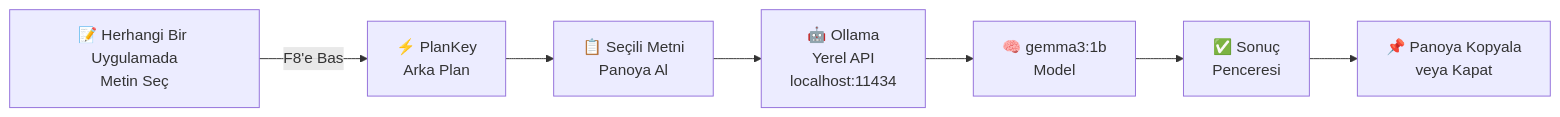
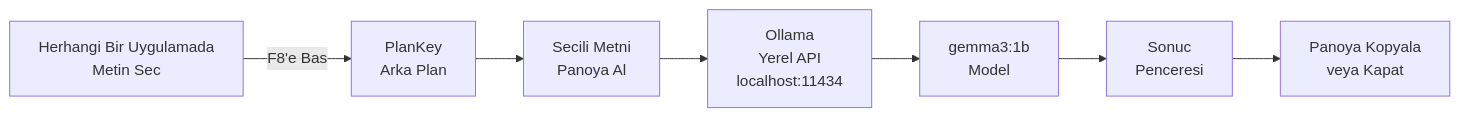
The diagram in README.md (bessar2004/-PlanKey-), drawn with Mermaid before and after one commit. The commit also changed other lines of this file, not shown here.

Commit message:
docs: ikonlar kaldirildi, mermaid duzeltildi

````diff
--- a/README.md
+++ b/README.md
@@ -66,9 +66,9 @@
 ```mermaid
 flowchart LR
-    A["📝 Herhangi Bir Uygulamada\nMetin Seç"] -->|F8'e Bas| B["⚡ PlanKey\nArka Plan"]
-    B --> C["📋 Seçili Metni\nPanoya Al"]
-    C --> D["🤖 Ollama\nYerel API\nlocalhost:11434"]
-    D --> E["🧠 gemma3:1b\nModel"]
-    E --> F["✅ Sonuç\nPenceresi"]
-    F --> G["📌 Panoya Kopyala\nveya Kapat"]
+    A["Herhangi Bir Uygulamada\nMetin Sec"] -->|F8'e Bas| B["PlanKey\nArka Plan"]
+    B --> C["Secili Metni\nPanoya Al"]
+    C --> D["Ollama\nYerel API\nlocalhost:11434"]
+    D --> E["gemma3:1b\nModel"]
+    E --> F["Sonuc\nPenceresi"]
+    F --> G["Panoya Kopyala\nveya Kapat"]
 ```
````
